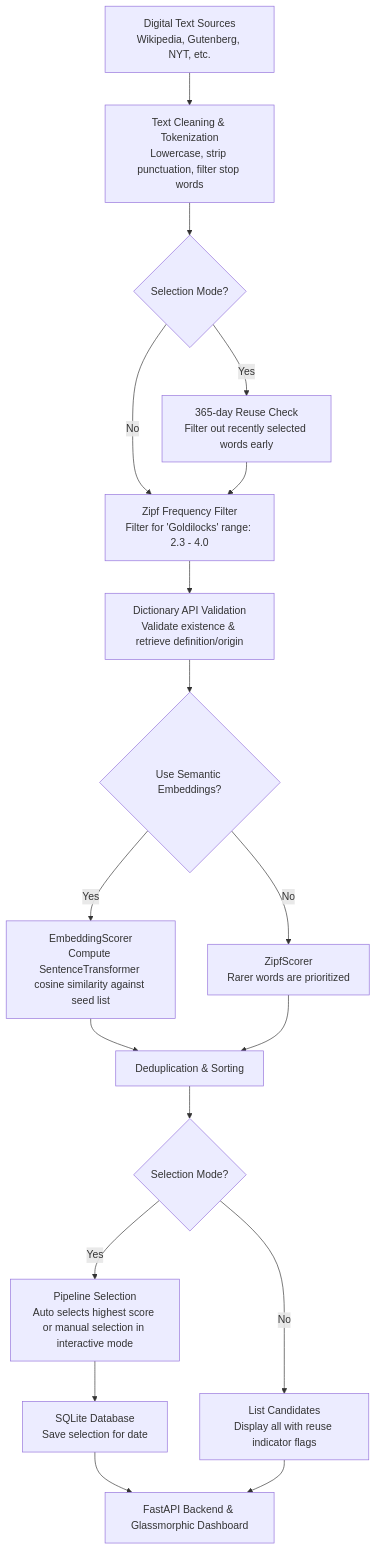
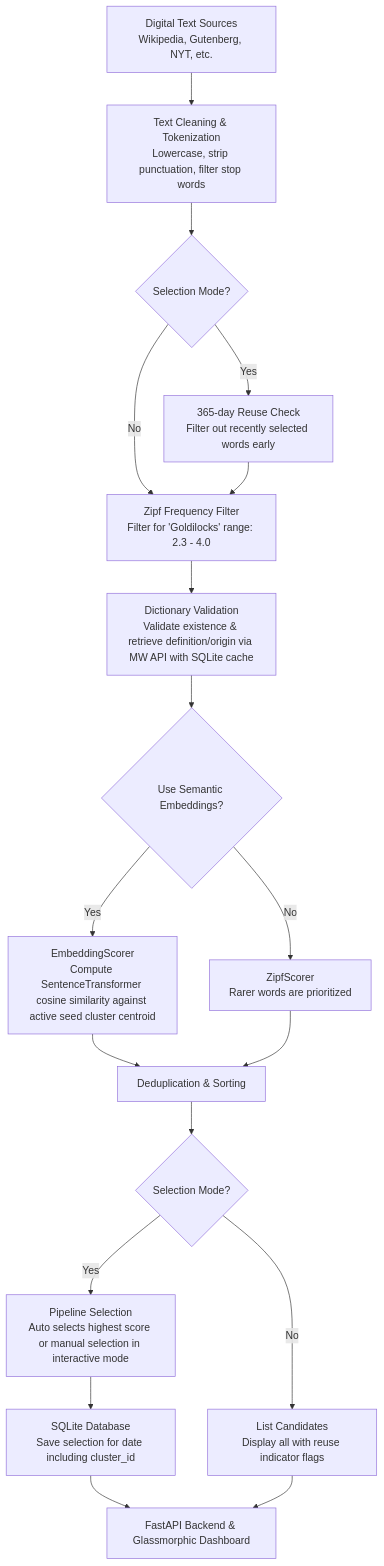
The diagram in README.md (jacobrfritz/word_of_the_day), drawn with Mermaid before and after one commit. The commit also changed other lines of this file and 1 other file, not shown here.

Commit message:
updated read me and database

````diff
--- a/README.md
+++ b/README.md
@@ -28,20 +30,20 @@
 ```mermaid
 graph TD
     A[Digital Text Sources<br>Wikipedia, Gutenberg, NYT, etc.] --> B[Text Cleaning & Tokenization<br>Lowercase, strip punctuation, filter stop words]
     B --> C{Selection Mode?}
     C -- Yes --> D[365-day Reuse Check<br>Filter out recently selected words early]
     C -- No --> E[Zipf Frequency Filter<br>Filter for 'Goldilocks' range: 2.3 - 4.0]
     D --> E
-    E --> F[Dictionary API Validation<br>Validate existence & retrieve definition/origin]
+    E --> F[Dictionary Validation<br>Validate existence & retrieve definition/origin via MW API with SQLite cache]
     F --> G{Use Semantic Embeddings?}
-    G -- Yes --> H[EmbeddingScorer<br>Compute SentenceTransformer cosine similarity against seed list]
+    G -- Yes --> H[EmbeddingScorer<br>Compute SentenceTransformer cosine similarity against active seed cluster centroid]
     G -- No --> I[ZipfScorer<br>Rarer words are prioritized]
     H --> J[Deduplication & Sorting]
     I --> J
     J --> K{Selection Mode?}
     K -- Yes --> L[Pipeline Selection<br>Auto selects highest score or manual selection in interactive mode]
     K -- No --> M[List Candidates<br>Display all with reuse indicator flags]
-    L --> N[SQLite Database<br>Save selection for date]
+    L --> N[SQLite Database<br>Save selection for date including cluster_id]
     N --> O[FastAPI Backend & Glassmorphic Dashboard]
     M --> O
 ```
````
